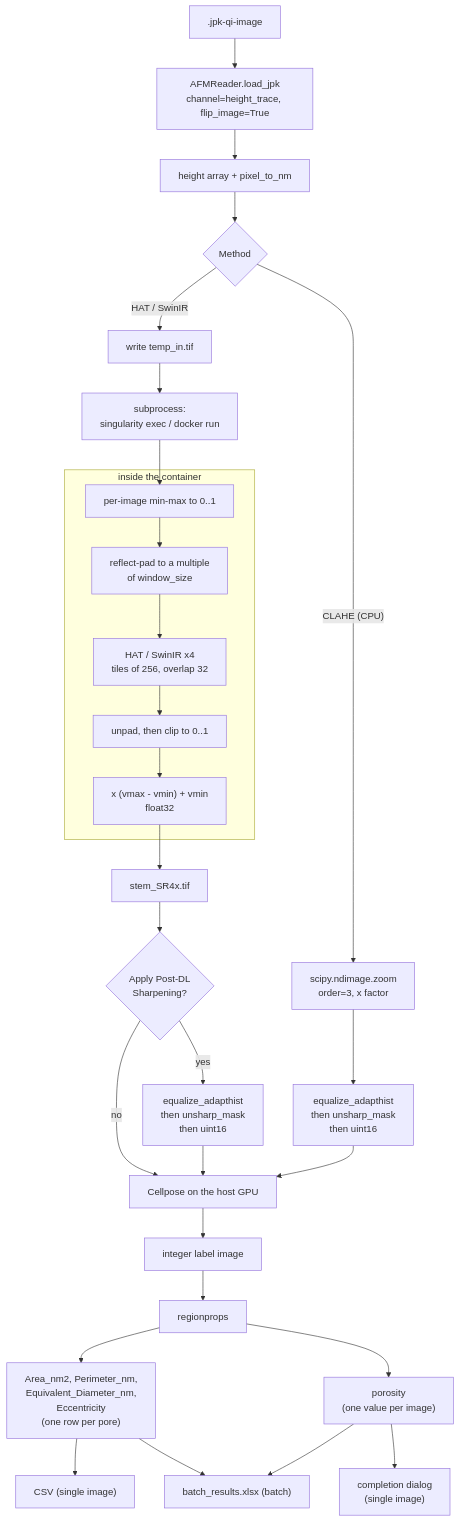
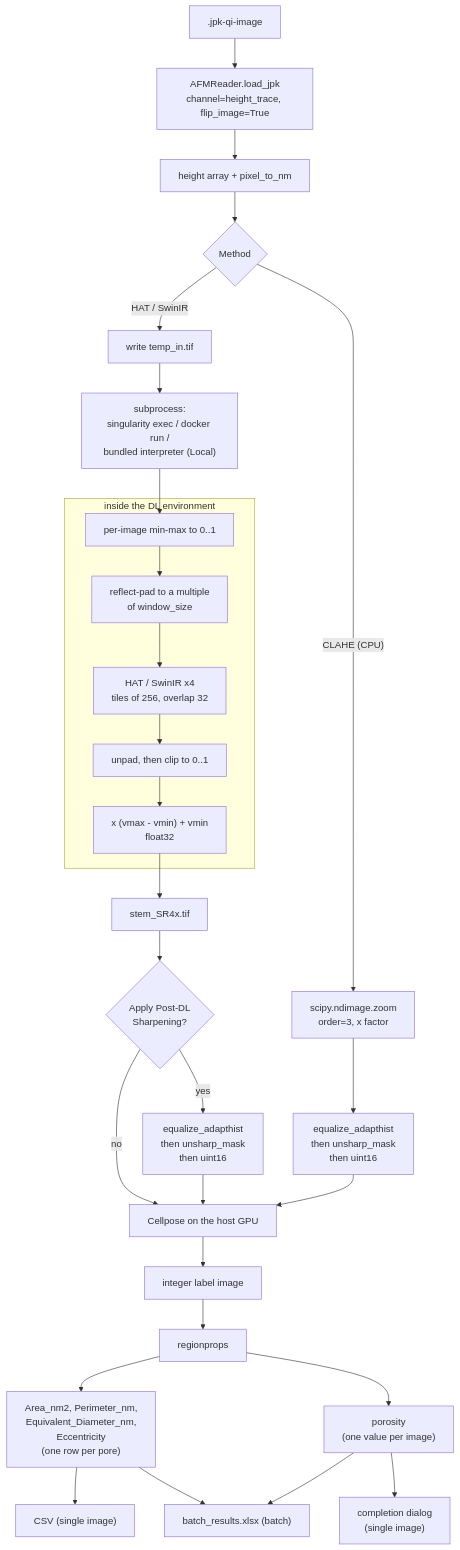
Before and after one commit to LIVR-VUB/FenestRA: the diagram in docs/architecture/dataflow.md, drawn with Mermaid. The commit also changed other lines of this file and 33 other files, not shown here.

````diff
--- a/docs/architecture/dataflow.md
+++ b/docs/architecture/dataflow.md
@@ -7,37 +7,37 @@
 ```mermaid
 flowchart TD
     JPK[".jpk-qi-image"] --> LOAD["AFMReader.load_jpk<br>channel=height_trace, flip_image=True"]
     LOAD --> ARR["height array + pixel_to_nm"]
     ARR --> M{"Method"}
 
     M -->|"CLAHE (CPU)"| ZOOM["scipy.ndimage.zoom<br>order=3, x factor"]
     ZOOM --> PP1["equalize_adapthist<br>then unsharp_mask<br>then uint16"]
 
     M -->|"HAT / SwinIR"| TIF["write temp_in.tif"]
-    TIF --> SUB["subprocess:<br>singularity exec / docker run"]
+    TIF --> SUB["subprocess:<br>singularity exec / docker run /<br>bundled interpreter (Local)"]
     SUB --> NORM
 
-    subgraph CONT["inside the container"]
+    subgraph CONT["inside the DL environment"]
         NORM["per-image min-max to 0..1"]
         NORM --> PAD["reflect-pad to a multiple<br>of window_size"]
         PAD --> SR["HAT / SwinIR x4<br>tiles of 256, overlap 32"]
         SR --> UNPAD["unpad, then clip to 0..1"]
         UNPAD --> RES["x (vmax - vmin) + vmin<br>float32"]
     end
 
     RES --> OUT["stem_SR4x.tif"]
     OUT --> Q{"Apply Post-DL<br>Sharpening?"}
     Q -->|"no"| CP
     Q -->|"yes"| PP2["equalize_adapthist<br>then unsharp_mask<br>then uint16"]
     PP2 --> CP
     PP1 --> CP["Cellpose on the host GPU"]
 
     CP --> LBL["integer label image"]
     LBL --> RP["regionprops"]
     RP --> MET["Area_nm2, Perimeter_nm,<br>Equivalent_Diameter_nm,<br>Eccentricity<br>(one row per pore)"]
     RP --> POR["porosity<br>(one value per image)"]
     MET --> CSV["CSV (single image)"]
     MET --> XLSX["batch_results.xlsx (batch)"]
     POR --> DLG["completion dialog<br>(single image)"]
     POR --> XLSX
 ```
````
